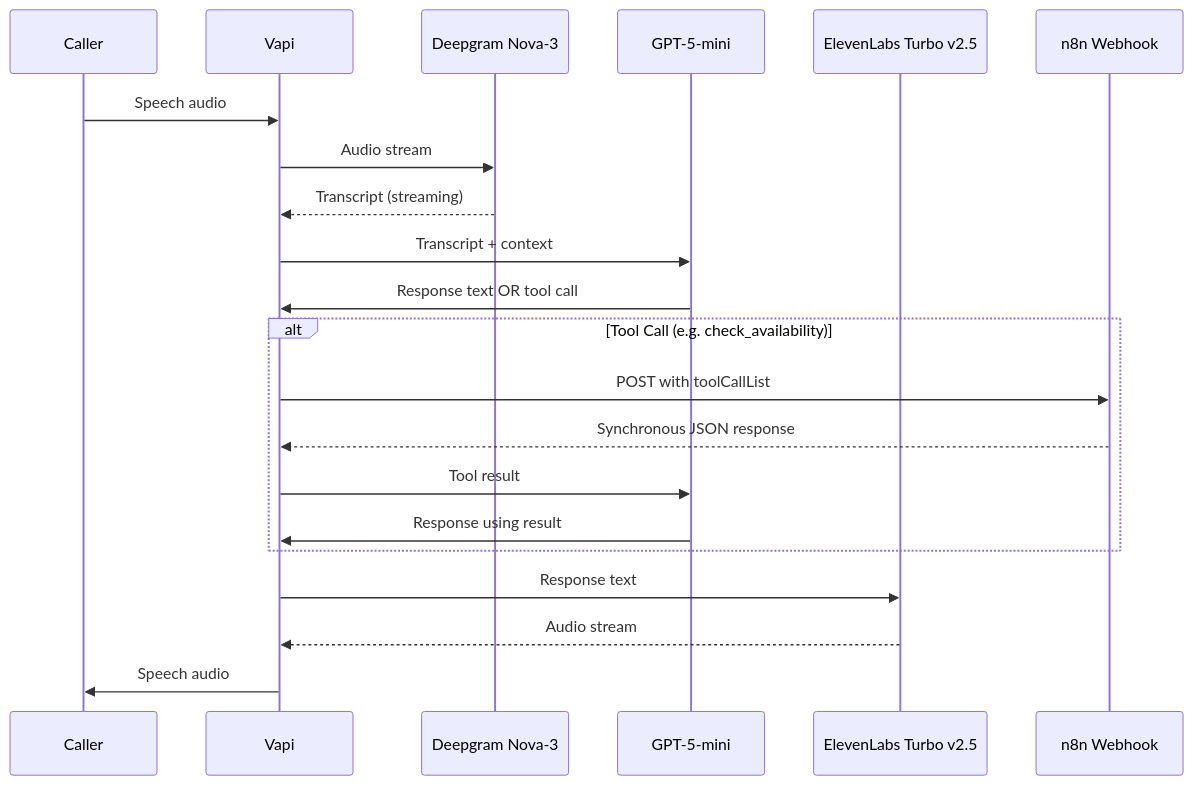
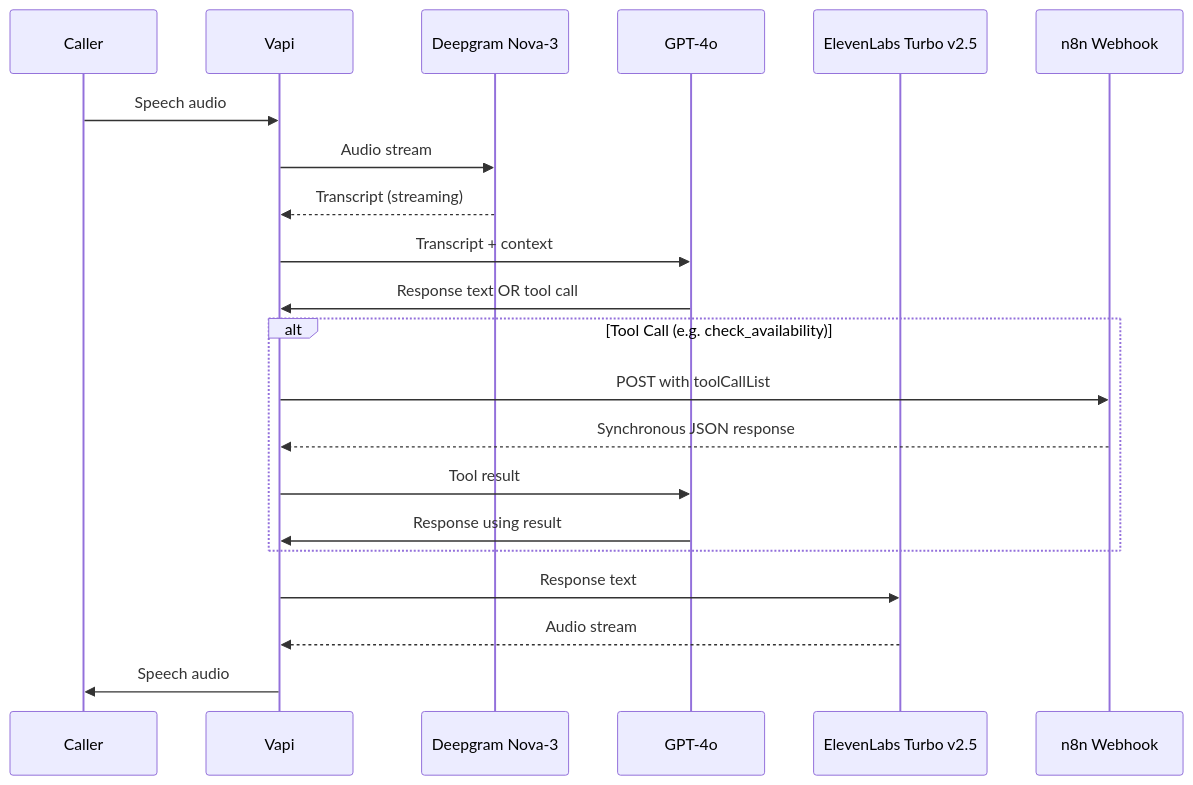
Before and after one commit to FynnL00/Everlast-AI-Voice-Agent-f-r-Business-Development: the second of 2 diagrams in README.md, drawn with Mermaid. The commit also changed other lines of this file and 16 other files, not shown here.

First line of the commit message:
Remove auth/login, switch LLM references to GPT-4o, clean up API routes

````diff
--- a/README.md
+++ b/README.md
@@ -77,26 +77,26 @@
 ```mermaid
 sequenceDiagram
     participant Caller
     participant Vapi
     participant Deepgram as Deepgram Nova-3
-    participant LLM as GPT-5-mini
+    participant LLM as GPT-4o
     participant TTS as ElevenLabs Turbo v2.5
     participant n8n as n8n Webhook
 
     Caller->>Vapi: Speech audio
     Vapi->>Deepgram: Audio stream
     Deepgram-->>Vapi: Transcript (streaming)
     Vapi->>LLM: Transcript + context
     LLM->>Vapi: Response text OR tool call
 
     alt Tool Call (e.g. check_availability)
         Vapi->>n8n: POST with toolCallList
         n8n-->>Vapi: Synchronous JSON response
         Vapi->>LLM: Tool result
         LLM->>Vapi: Response using result
     end
 
     Vapi->>TTS: Response text
     TTS-->>Vapi: Audio stream
     Vapi->>Caller: Speech audio
 ```
````
